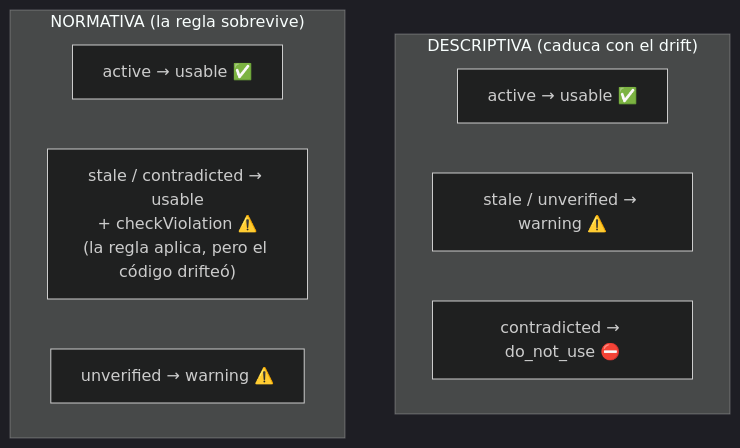
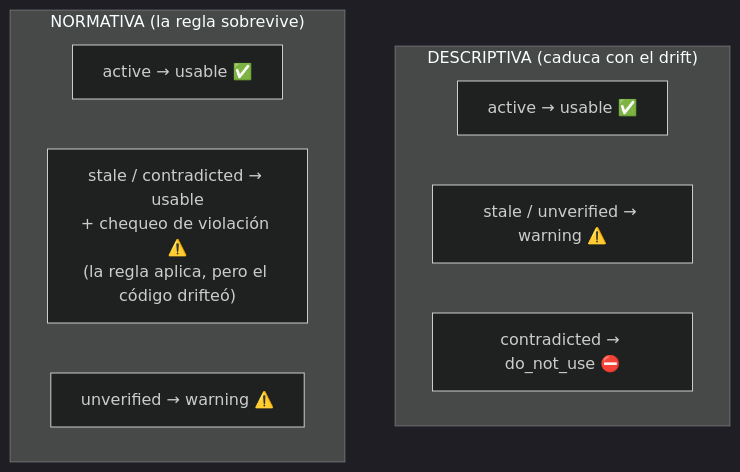
One commit to Kolimar/leina changed the third of 4 diagrams in docs/concepts/05-comunicacion-grafo-memoria.md. Above: the diagram before and after it, drawn with Mermaid (dark theme). The commit also changed other lines of this file and 22 other files, not shown here.

````diff
--- a/docs/concepts/05-comunicacion-grafo-memoria.md
+++ b/docs/concepts/05-comunicacion-grafo-memoria.md
@@ -110,13 +108,13 @@
 ```mermaid
 flowchart TD
     subgraph desc["DESCRIPTIVA (caduca con el drift)"]
         d1["active → usable ✅"]
         d2["stale / unverified → warning ⚠️"]
         d3["contradicted → do_not_use ⛔"]
     end
     subgraph norm["NORMATIVA (la regla sobrevive)"]
         n1["active → usable ✅"]
-        n2["stale / contradicted → usable<br/>+ checkViolation ⚠️<br/>(la regla aplica, pero el código drifteó)"]
+        n2["stale / contradicted → usable<br/>+ chequeo de violación ⚠️<br/>(la regla aplica, pero el código drifteó)"]
         n3["unverified → warning ⚠️"]
     end
 ```
````
